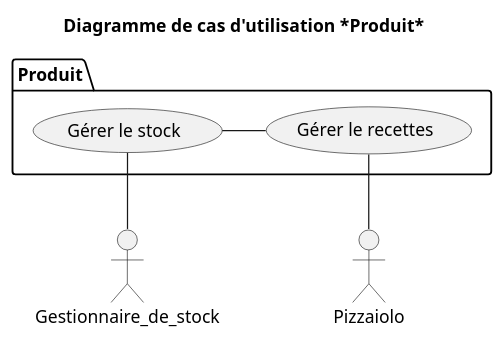
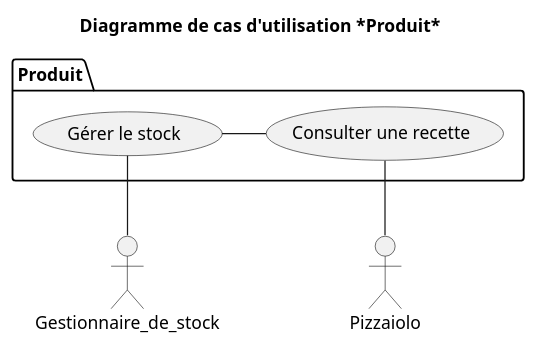
The diagram in v3/uml/03_produit.puml (Zepmanbc/oc_dapython_pr4), drawn with PlantUML before and after one commit. The commit also changed 6 other files, not shown here.

```diff
--- a/v3/uml/03_produit.puml
+++ b/v3/uml/03_produit.puml
@@ -1,16 +1,17 @@
 @startuml 03_produit
 title Diagramme de cas d'utilisation *Produit*
 
 actor Gestionnaire_de_stock as GESTSTOCK
 actor Pizzaiolo as PZLO
 
 package Produit{
+
     (Gérer le stock) as STOCK
-    (Gérer le recettes) as RECIPE
+    (Consulter une recette) as RECIPE
 }
 
 STOCK - RECIPE
 GESTSTOCK -u- STOCK
 RECIPE -- PZLO
 
 @enduml
```
